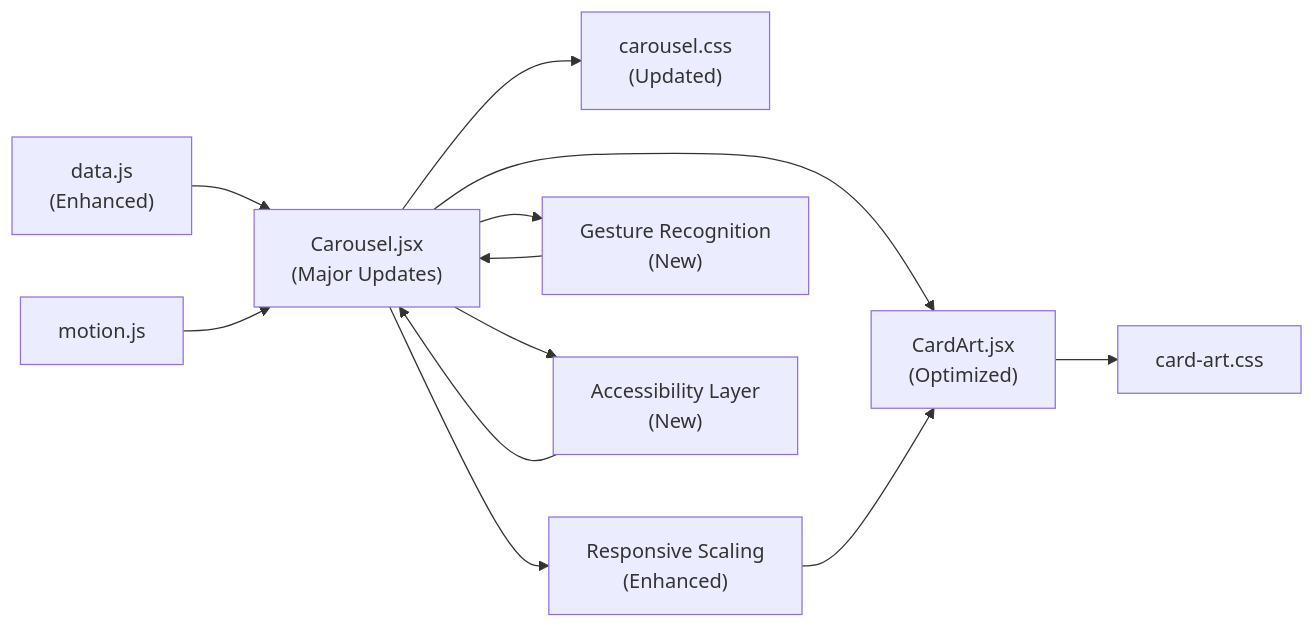
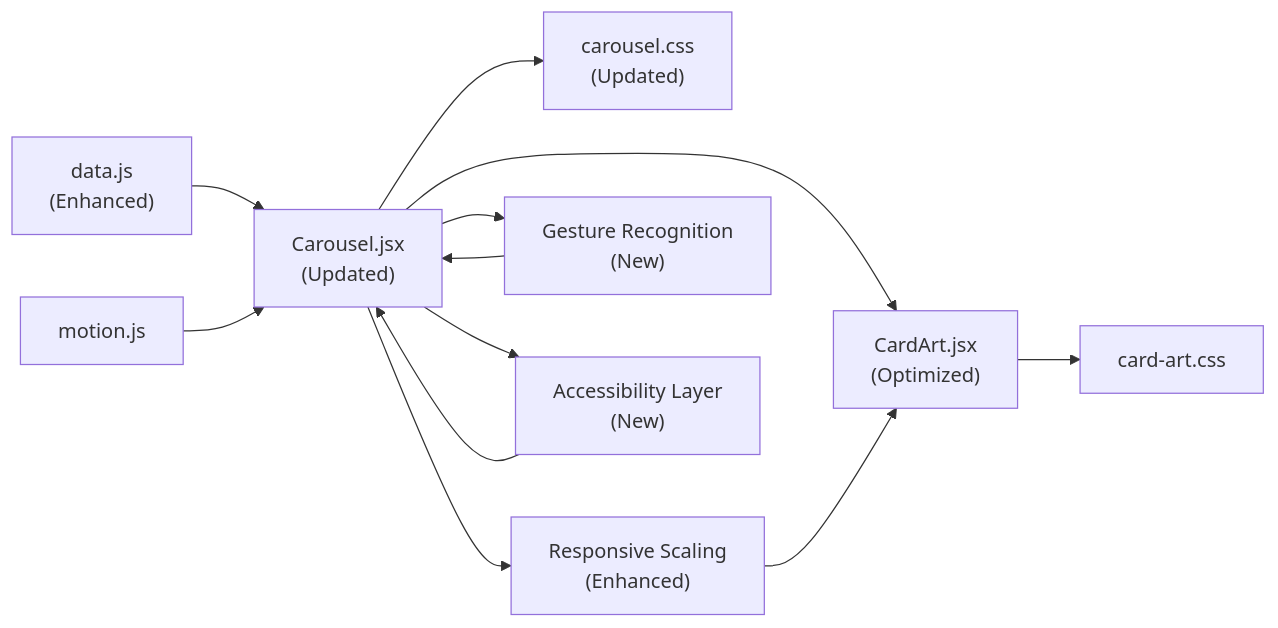
The third of 3 diagrams in .qoder/repowiki/en/content/Component Architecture/Landing Page Components/Carousel Components.md (Theja4/podiummomentum), drawn with Mermaid before and after one commit. The commit also changed other lines of this file and 24 other files, not shown here.

````diff
--- a/.qoder/repowiki/en/content/Component Architecture/Landing Page Components/Carousel Components.md
+++ b/.qoder/repowiki/en/content/Component Architecture/Landing Page Components/Carousel Components.md
@@ -256,14 +255,14 @@
 ```mermaid
 graph LR
-DATA["data.js<br/>(Enhanced)"] --> CAR["Carousel.jsx<br/>(Major Updates)"]
+DATA["data.js<br/>(Enhanced)"] --> CAR["Carousel.jsx<br/>(Updated)"]
 MOT["motion.js"] --> CAR
 CAR --> CARD["CardArt.jsx<br/>(Optimized)"]
 CAR --> CCS["carousel.css<br/>(Updated)"]
 CARD --> CACSS["card-art.css"]
 CAR --> SCALE["Responsive Scaling<br/>(Enhanced)"]
 CAR --> GESTURE["Gesture Recognition<br/>(New)"]
 CAR --> A11Y["Accessibility Layer<br/>(New)"]
 SCALE --> CARD
 GESTURE --> CAR
 A11Y --> CAR
 ```
````
